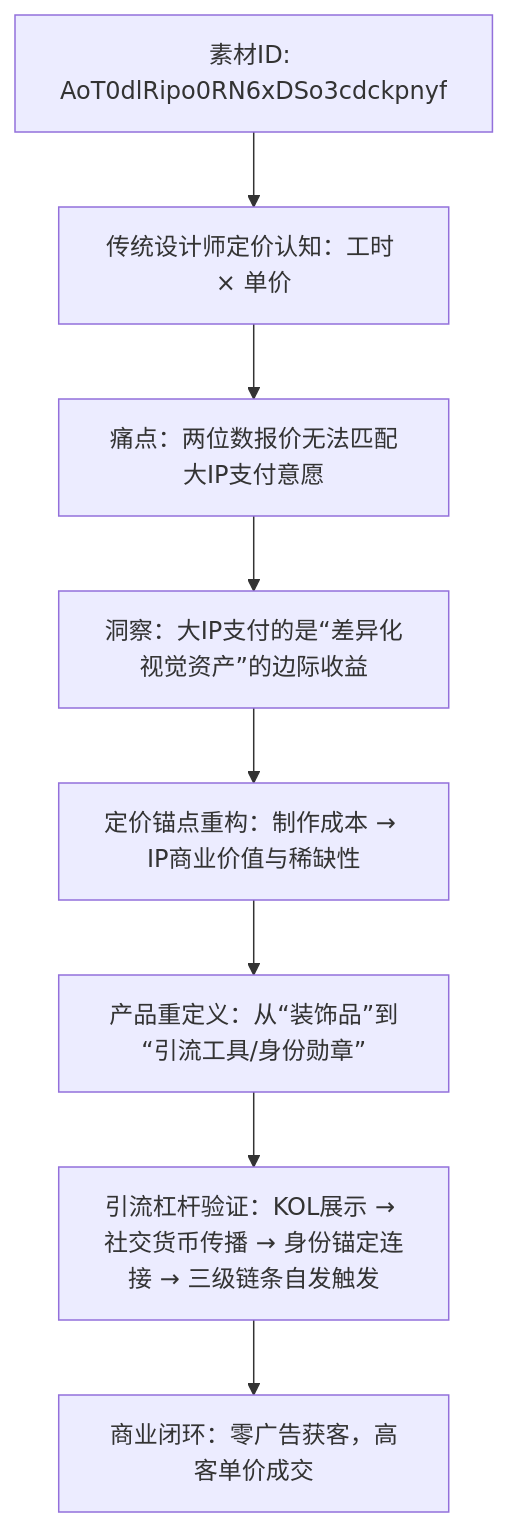
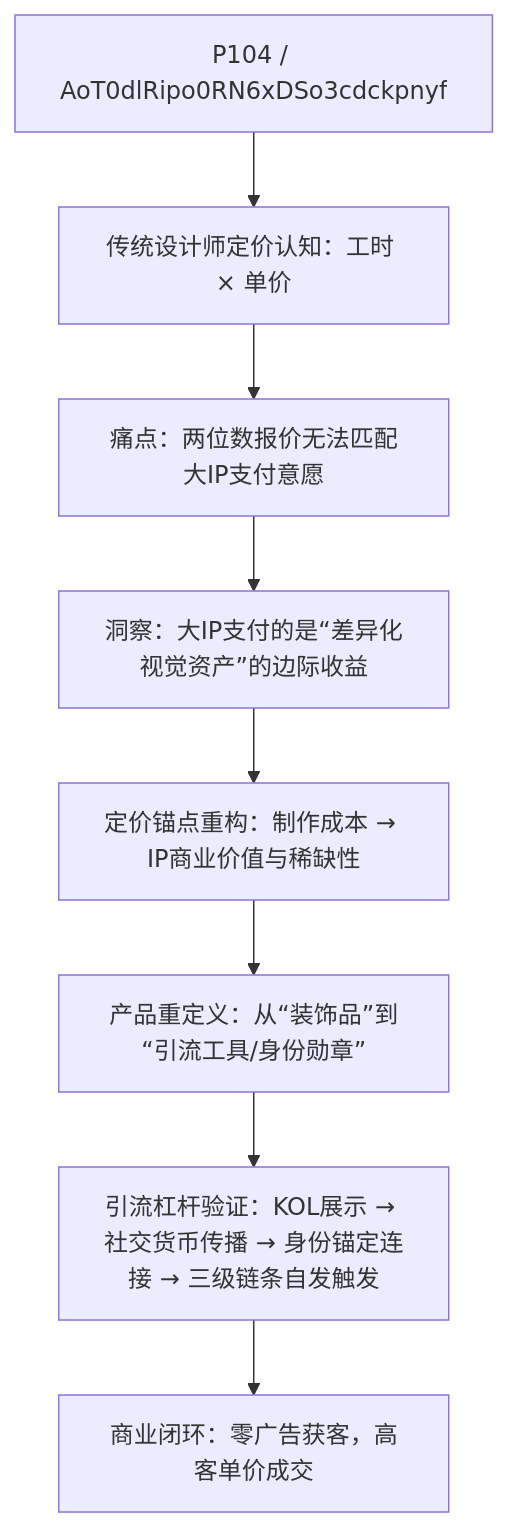
Before and after one commit to OpenDocCN1/flygon-zhuanqian-zhoubao: the second of 8 diagrams in docs/202303_paper2textbook/chapter_059.md, drawn with Mermaid. The commit also changed other lines of this file and 2 other files, not shown here.

````diff
--- a/docs/202303_paper2textbook/chapter_059.md
+++ b/docs/202303_paper2textbook/chapter_059.md
@@ -82,10 +114,10 @@
 ```mermaid
 graph TD
-    P104[素材ID: AoT0dlRipo0RN6xDSo3cdckpnyf] --> Start[传统设计师定价认知：工时 × 单价]
+    P104[P104 / AoT0dlRipo0RN6xDSo3cdckpnyf] --> Start[传统设计师定价认知：工时 × 单价]
     Start --> P1[痛点：两位数报价无法匹配大IP支付意愿]
     P1 --> P2[洞察：大IP支付的是“差异化视觉资产”的边际收益]
     P2 --> P3[定价锚点重构：制作成本 → IP商业价值与稀缺性]
     P3 --> P4[产品重定义：从“装饰品”到“引流工具/身份勋章”]
     P4 --> P5[引流杠杆验证：KOL展示 → 社交货币传播 → 身份锚定连接 → 三级链条自发触发]
     P5 --> End[商业闭环：零广告获客，高客单价成交]
 ```
````
